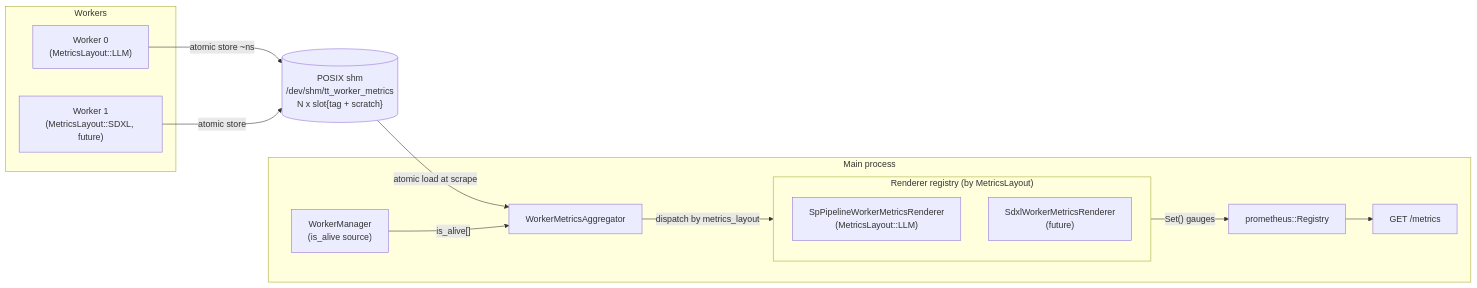
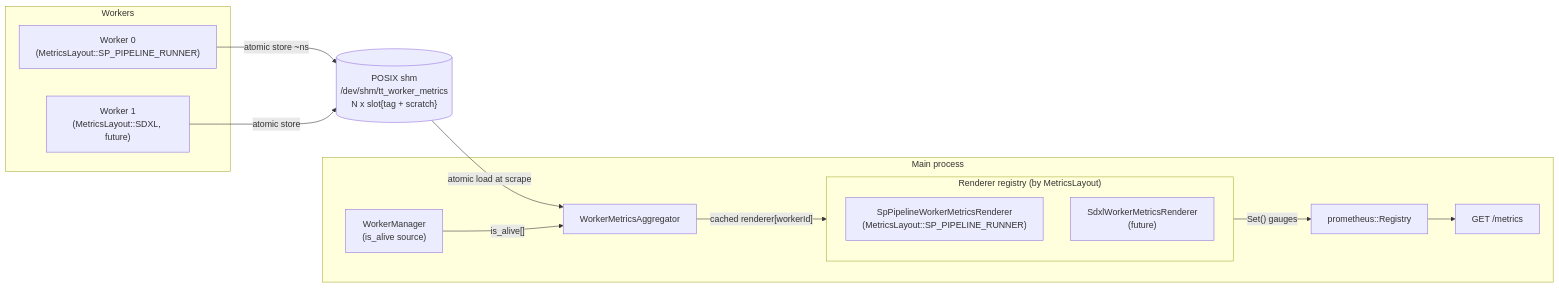
The first of 4 diagrams in tt-media-server/cpp_server/README.md (tenstorrent/tt-inference-server), drawn with Mermaid before and after one commit. The commit also changed other lines of this file and 8 other files, not shown here.

````diff
--- a/tt-media-server/cpp_server/README.md
+++ b/tt-media-server/cpp_server/README.md
@@ -798,30 +809,30 @@
 ```mermaid
 flowchart LR
     subgraph Workers
-        W0["Worker 0<br/>(MetricsLayout::LLM)"]
+        W0["Worker 0<br/>(MetricsLayout::SP_PIPELINE_RUNNER)"]
         W1["Worker 1<br/>(MetricsLayout::SDXL, future)"]
     end
 
     SHM[("POSIX shm<br/>/dev/shm/tt_worker_metrics<br/>N x slot{tag + scratch}")]
 
     W0 -->|"atomic store ~ns"| SHM
     W1 -->|"atomic store"| SHM
 
     subgraph Main["Main process"]
         AGG[WorkerMetricsAggregator]
         WMG["WorkerManager<br/>(is_alive source)"]
         REG["prometheus::Registry"]
         EP["GET /metrics"]
 
         subgraph Renderers["Renderer registry (by MetricsLayout)"]
-            RL["SpPipelineWorkerMetricsRenderer<br/>(MetricsLayout::LLM)"]
+            RL["SpPipelineWorkerMetricsRenderer<br/>(MetricsLayout::SP_PIPELINE_RUNNER)"]
             RX["SdxlWorkerMetricsRenderer<br/>(future)"]
         end
     end
 
     SHM -->|"atomic load at scrape"| AGG
     WMG -->|"is_alive[]"| AGG
-    AGG -->|"dispatch by metrics_layout"| Renderers
+    AGG -->|"cached renderer[workerId]"| Renderers
     Renderers -->|"Set() gauges"| REG
     REG --> EP
 ```
````
